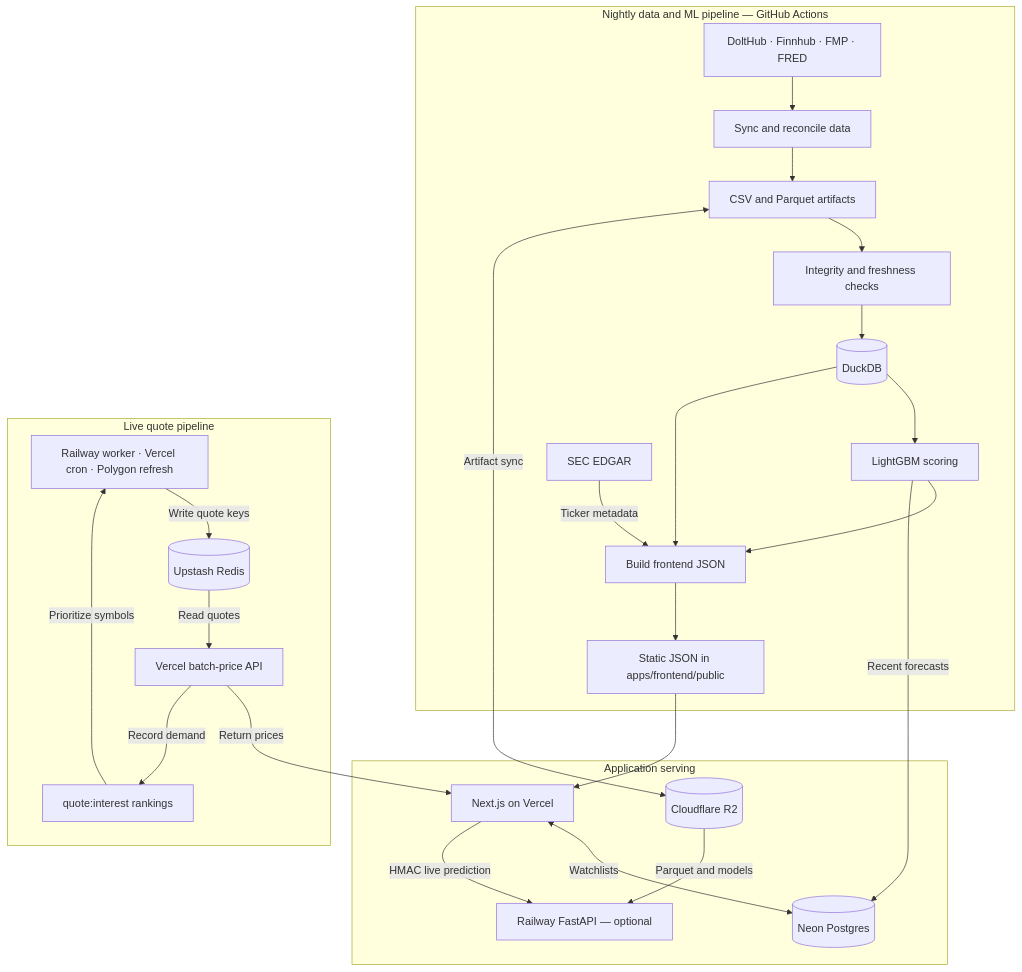
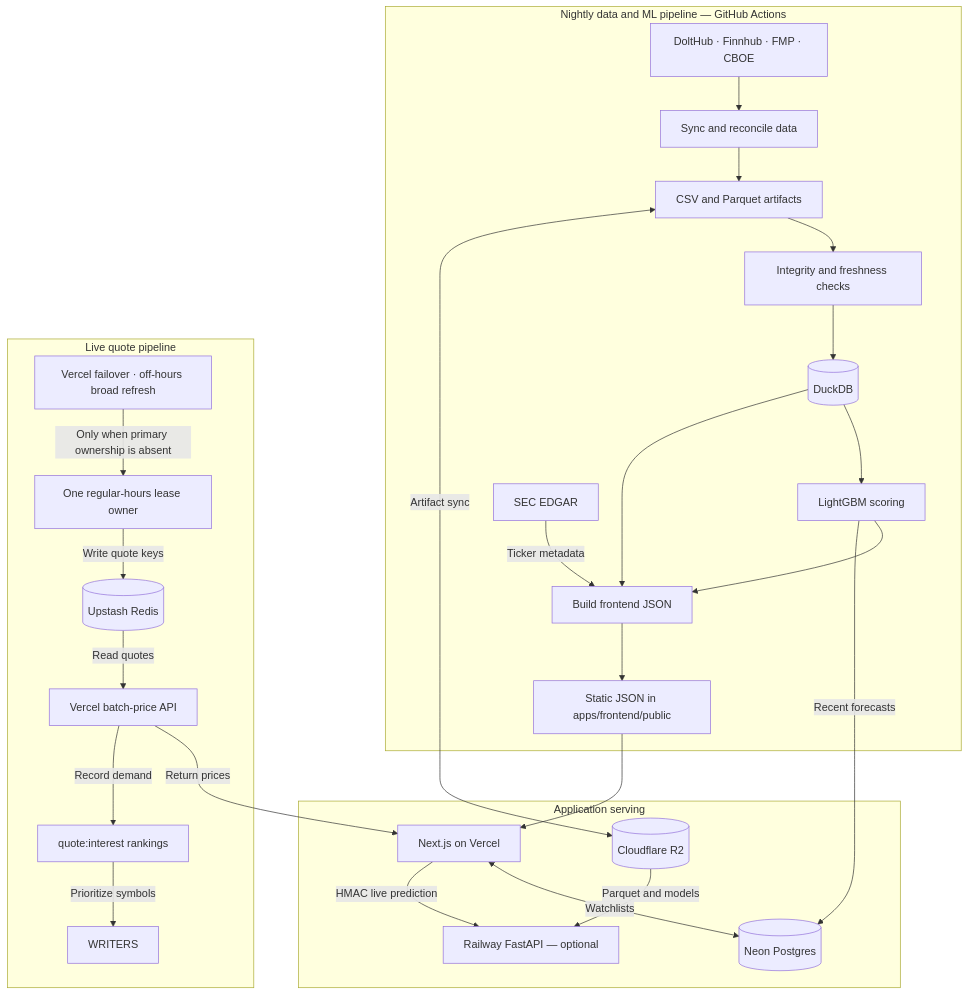
Before and after one commit to kenchengkc/quantiv: the diagram in README.md, drawn with Mermaid. The commit also changed other lines of this file and 14 other files, not shown here.

Commit message:
Align runbooks with production architecture

````diff
--- a/README.md
+++ b/README.md
@@ -45,47 +45,49 @@
 ```mermaid
 flowchart TB
   subgraph nightly["Nightly data and ML pipeline — GitHub Actions"]
-    PROVIDERS["DoltHub · Finnhub · FMP · FRED"]
+    PROVIDERS["DoltHub · Finnhub · FMP · CBOE"]
     SYNC["Sync and reconcile data"]
     FILES["CSV and Parquet artifacts"]
     GATE["Integrity and freshness checks"]
     DUCK[(DuckDB)]
     SCORE["LightGBM scoring"]
     BUILD["Build frontend JSON"]
     PUB["Static JSON in apps/frontend/public"]
     SEC["SEC EDGAR"]
 
     PROVIDERS --> SYNC --> FILES --> GATE --> DUCK
     DUCK --> SCORE --> BUILD --> PUB
     DUCK --> BUILD
     SEC -->|Ticker metadata| BUILD
   end
 
   R2[(Cloudflare R2)]
   FILES <-->|Artifact sync| R2
 
   subgraph application["Application serving"]
     VERCEL["Next.js on Vercel"]
     RAILWAY["Railway FastAPI — optional"]
     NEON[(Neon Postgres)]
 
     PUB --> VERCEL
     VERCEL <-->|Watchlists| NEON
     VERCEL -->|HMAC live prediction| RAILWAY
     R2 -->|Parquet and models| RAILWAY
     SCORE -->|Recent forecasts| NEON
   end
 
   subgraph quotes["Live quote pipeline"]
-    WRITERS["Railway worker · Vercel cron · Polygon refresh"]
+    OWNER["One regular-hours lease owner"]
+    FALLBACKS["Vercel failover · off-hours broad refresh"]
     UPSTASH[(Upstash Redis)]
     BATCH["Vercel batch-price API"]
     INTEREST["quote:interest rankings"]
 
-    WRITERS -->|Write quote keys| UPSTASH
+    OWNER -->|Write quote keys| UPSTASH
+    FALLBACKS -->|Only when primary ownership is absent| OWNER
     UPSTASH -->|Read quotes| BATCH
     BATCH -->|Return prices| VERCEL
     BATCH -->|Record demand| INTEREST
     INTEREST -->|Prioritize symbols| WRITERS
   end
 ```
````
